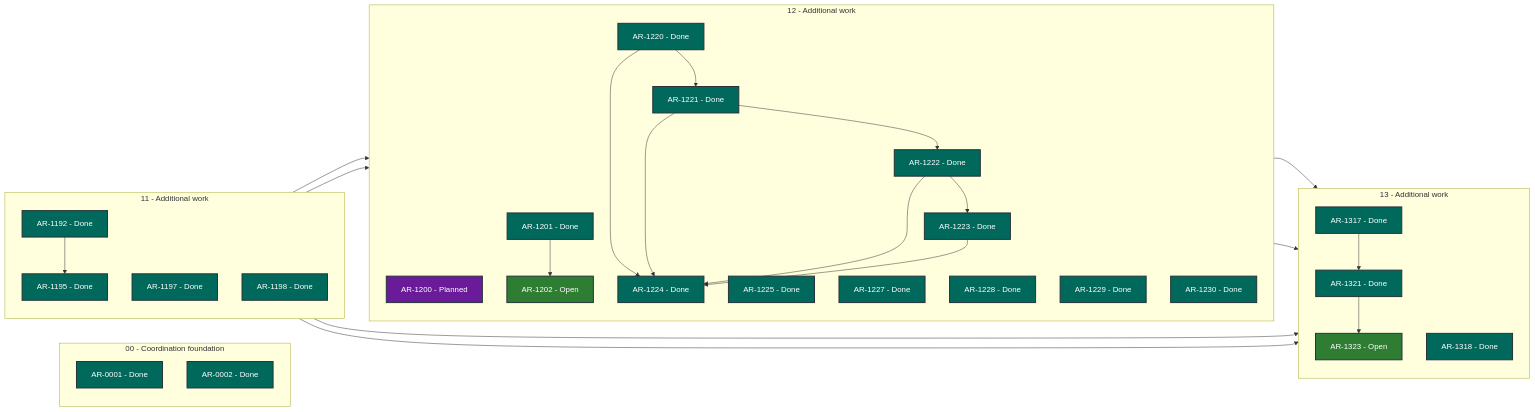
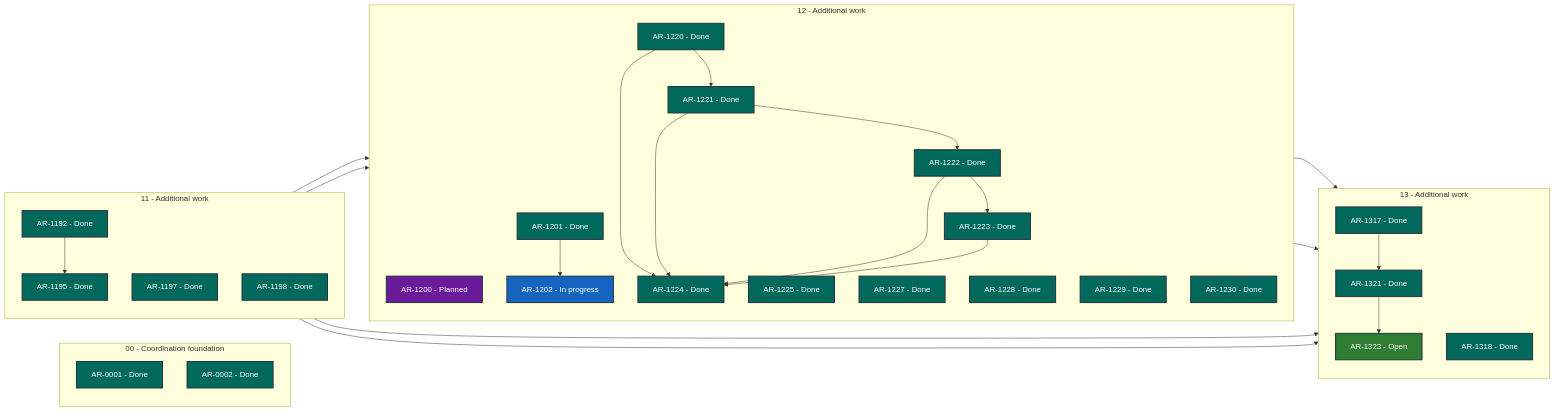
Before and after one commit to martin-beck/asb-tui-state: the diagram in STATUS.md, drawn with Mermaid. The commit also changed other lines of this file and 2 other files, not shown here.

````diff
--- a/STATUS.md
+++ b/STATUS.md
@@ -27,63 +27,63 @@
 ```mermaid
 flowchart LR
     subgraph series_00["00 - Coordination foundation"]
         direction TB
         AR_0001["AR-0001 - Done"]:::status_done
         AR_0002["AR-0002 - Done"]:::status_done
     end
     subgraph series_11["11 - Additional work"]
         direction TB
         AR_1192["AR-1192 - Done"]:::status_done
         AR_1195["AR-1195 - Done"]:::status_done
         AR_1197["AR-1197 - Done"]:::status_done
         AR_1198["AR-1198 - Done"]:::status_done
     end
     subgraph series_12["12 - Additional work"]
         direction TB
         AR_1200["AR-1200 - Planned"]:::status_planned
         AR_1201["AR-1201 - Done"]:::status_done
-        AR_1202["AR-1202 - Open"]:::status_open
+        AR_1202["AR-1202 - In progress"]:::status_in_progress
         AR_1220["AR-1220 - Done"]:::status_done
         AR_1221["AR-1221 - Done"]:::status_done
         AR_1222["AR-1222 - Done"]:::status_done
         AR_1223["AR-1223 - Done"]:::status_done
         AR_1224["AR-1224 - Done"]:::status_done
         AR_1225["AR-1225 - Done"]:::status_done
         AR_1227["AR-1227 - Done"]:::status_done
         AR_1228["AR-1228 - Done"]:::status_done
         AR_1229["AR-1229 - Done"]:::status_done
         AR_1230["AR-1230 - Done"]:::status_done
     end
     subgraph series_13["13 - Additional work"]
         direction TB
         AR_1317["AR-1317 - Done"]:::status_done
         AR_1318["AR-1318 - Done"]:::status_done
         AR_1321["AR-1321 - Done"]:::status_done
         AR_1323["AR-1323 - Open"]:::status_open
     end
     AR_1192 --> AR_1195
     AR_1192 --> AR_1317
     AR_1195 --> AR_1200
     AR_1197 --> AR_1201
     AR_1197 --> AR_1317
     AR_1201 --> AR_1202
     AR_1220 --> AR_1221
     AR_1220 --> AR_1224
     AR_1221 --> AR_1222
     AR_1221 --> AR_1224
     AR_1222 --> AR_1223
     AR_1222 --> AR_1224
     AR_1223 --> AR_1224
     AR_1228 --> AR_1317
     AR_1229 --> AR_1317
     AR_1317 --> AR_1321
     AR_1321 --> AR_1323
     classDef status_in_progress fill:#1565c0,color:#ffffff,stroke:#263238,stroke-width:2px
     classDef status_open fill:#2e7d32,color:#ffffff,stroke:#263238,stroke-width:2px
     classDef status_blocked fill:#c62828,color:#ffffff,stroke:#263238,stroke-width:2px
     classDef status_planned fill:#6a1b9a,color:#ffffff,stroke:#263238,stroke-width:2px
     classDef status_future fill:#455a64,color:#ffffff,stroke:#263238,stroke-width:2px
     classDef status_done fill:#00695c,color:#ffffff,stroke:#263238,stroke-width:2px
     classDef status_cancelled fill:#616161,color:#ffffff,stroke:#263238,stroke-width:2px
     classDef status_superseded fill:#5d4037,color:#ffffff,stroke:#263238,stroke-width:2px
 ```
````
